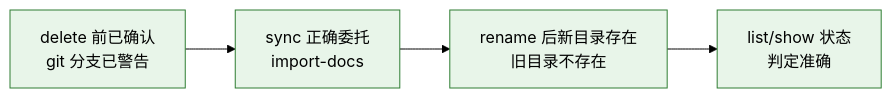
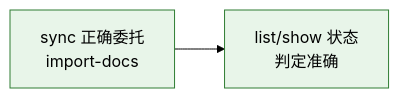
Before and after one commit to effiy/YrY: the ninth of 10 diagrams in skills/rui-story/SKILL.md, drawn with Mermaid (forest theme). The commit also changed other lines of this file and 10 other files, not shown here.

````diff
--- a/skills/rui-story/SKILL.md
+++ b/skills/rui-story/SKILL.md
@@ -283,9 +225,7 @@
 ```mermaid
 flowchart LR
-    F1["delete 前已确认<br/>git 分支已警告"]:::sig
-    F1 --> F2["sync 正确委托<br/>import-docs"]:::sig
-    F2 --> F3["rename 后新目录存在<br/>旧目录不存在"]:::sig
-    F3 --> F4["list/show 状态<br/>判定准确"]:::sig
+    F1["sync 正确委托<br/>import-docs"]:::sig
+    F1 --> F2["list/show 状态<br/>判定准确"]:::sig
 
     classDef sig fill:#e8f5e9,stroke:#2e7d32;
 ```
````
